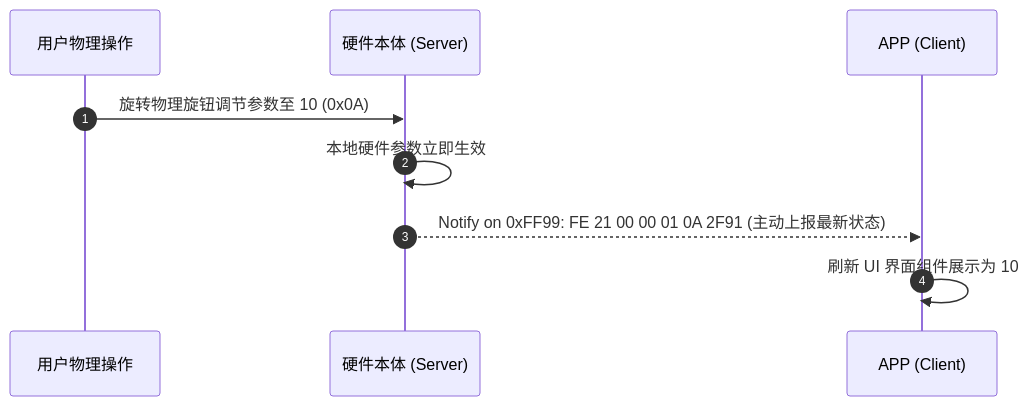
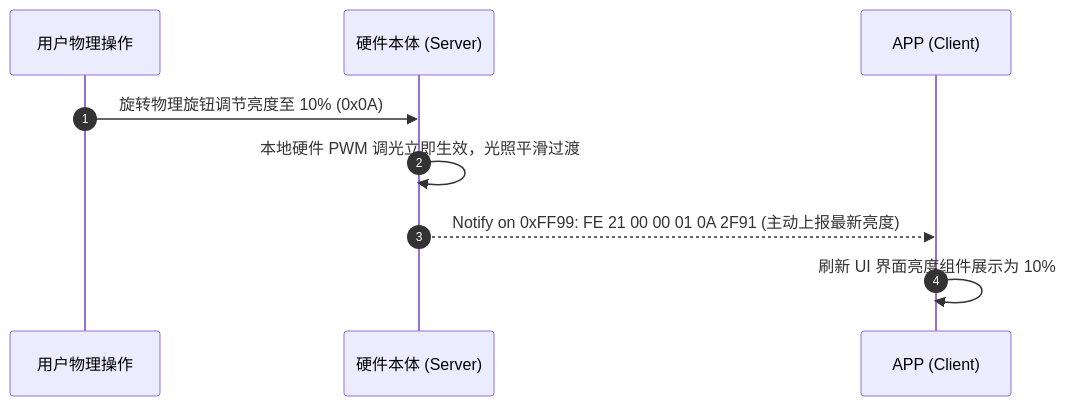
One commit to Grandboy1024/gb-project-guidelines changed the sixth of 6 diagrams in 1. 协议规范/BLE API 规范.md. Above: the diagram before and after it, drawn with Mermaid. The commit also changed other lines of this file and 33 other files, not shown here.

````diff
--- a/1. 协议规范/BLE API 规范.md
+++ b/1. 协议规范/BLE API 规范.md
@@ -548,12 +639,12 @@
 ```mermaid
 sequenceDiagram
     autonumber
     participant User as 用户物理操作
     participant Dev as 硬件本体 (Server)
     participant App as APP (Client)
 
-    User->>Dev: 旋转物理旋钮调节参数至 10 (0x0A)
-    Dev->>Dev: 本地硬件参数立即生效
-    Dev-->>App: Notify on 0xFF99: FE 21 00 00 01 0A 2F91 (主动上报最新状态)
-    App->>App: 刷新 UI 界面组件展示为 10
+    User->>Dev: 旋转物理旋钮调节亮度至 10% (0x0A)
+    Dev->>Dev: 本地硬件 PWM 调光立即生效，光照平滑过渡
+    Dev-->>App: Notify on 0xFF99: FE 21 00 00 01 0A 2F91 (主动上报最新亮度)
+    App->>App: 刷新 UI 界面亮度组件展示为 10%
 ```
````
